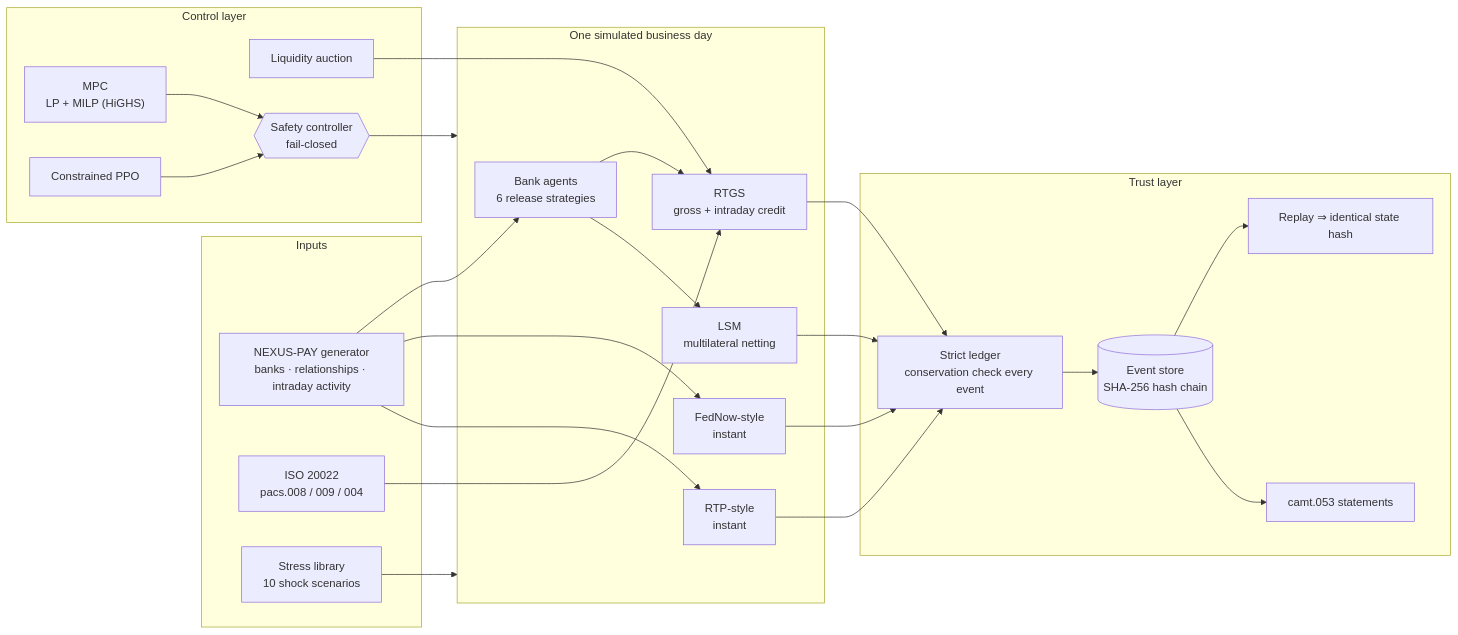
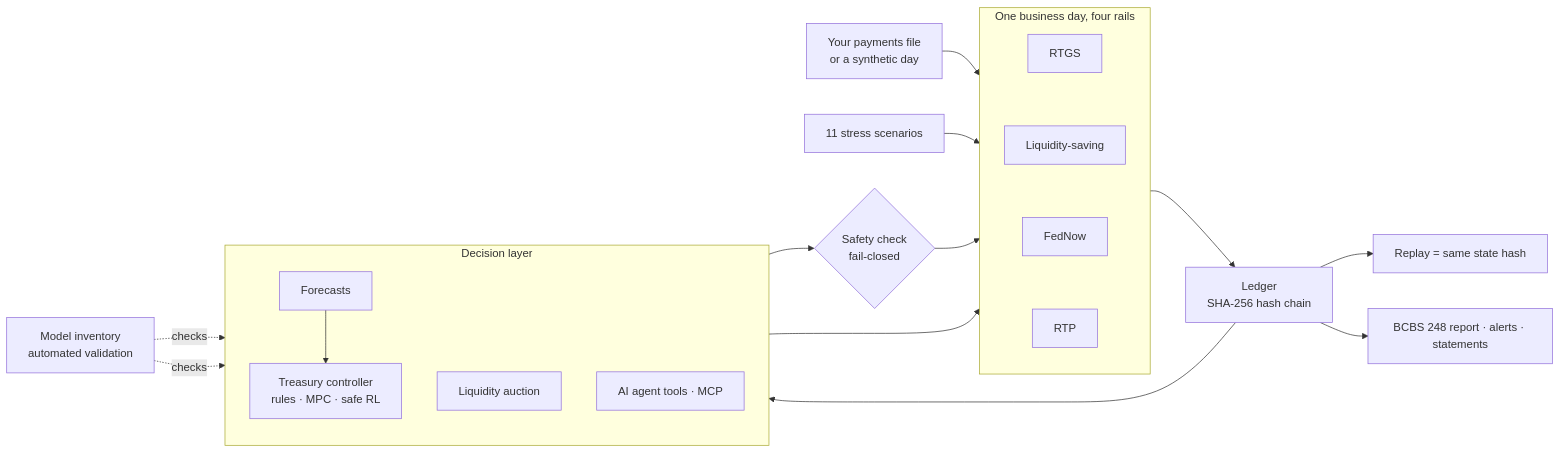
One commit to AkilanManivannanak/ATLAS changed the diagram in README.md. Above: the diagram before and after it, drawn with Mermaid. The commit also changed other lines of this file and 27 other files, not shown here.

````diff
--- a/README.md
+++ b/README.md
@@ -48,35 +82,21 @@
 ```mermaid
 flowchart LR
-    subgraph IN["Inputs"]
-        G["NEXUS-PAY generator<br/>banks · relationships · intraday activity"]
-        ISO["ISO 20022<br/>pacs.008 / 009 / 004"]
-        S["Stress library<br/>10 shock scenarios"]
+    IN["Your payments file<br/>or a synthetic day"] --> DAY
+    ST["11 stress scenarios"] --> DAY
+    subgraph DAY["One business day, four rails"]
+        direction TB
+        R1["RTGS"] ~~~ R2["Liquidity-saving"] ~~~ R3["FedNow"] ~~~ R4["RTP"]
     end
-    subgraph DAY["One simulated business day"]
-        A["Bank agents<br/>6 release strategies"]
-        R1["RTGS<br/>gross + intraday credit"]
-        R2["LSM<br/>multilateral netting"]
-        R3["FedNow-style<br/>instant"]
-        R4["RTP-style<br/>instant"]
+    subgraph AI["Decision layer"]
+        direction TB
+        F["Forecasts"] --> C["Treasury controller<br/>rules · MPC · safe RL"]
+        AU["Liquidity auction"]
+        AG["AI agent tools · MCP"]
     end
-    subgraph CTRL["Control layer"]
-        MPC["MPC<br/>LP + MILP (HiGHS)"]
-        RL["Constrained PPO"]
-        AU["Liquidity auction"]
-        SAFE{{"Safety controller<br/>fail-closed"}}
-    end
-    subgraph TRUST["Trust layer"]
-        L["Strict ledger<br/>conservation check every event"]
-        ES[("Event store<br/>SHA-256 hash chain")]
-        RP["Replay ⇒ identical state hash"]
-        CAMT["camt.053 statements"]
-    end
-    G --> A --> R1 & R2
-    G --> R3 & R4
-    ISO --> R1
-    S --> DAY
-    MPC & RL --> SAFE --> DAY
-    AU --> R1
-    R1 & R2 & R3 & R4 --> L --> ES --> RP
-    ES --> CAMT
+    C --> SAFE{"Safety check<br/>fail-closed"} --> DAY
+    AU --> DAY
+    DAY --> L["Ledger<br/>SHA-256 hash chain"] --> RP["Replay = same state hash"]
+    L --> OUT["BCBS 248 report · alerts · statements"]
+    L --> AG
+    MRM["Model inventory<br/>automated validation"] -.checks.-> F & C
 ```
````
